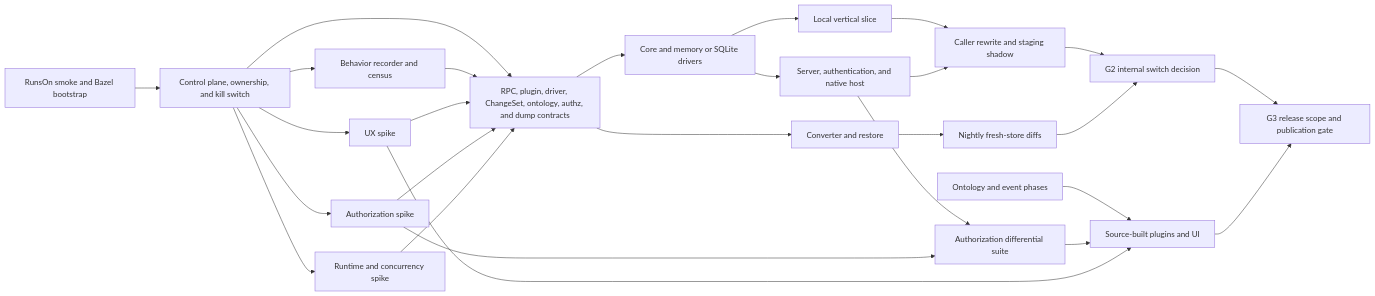
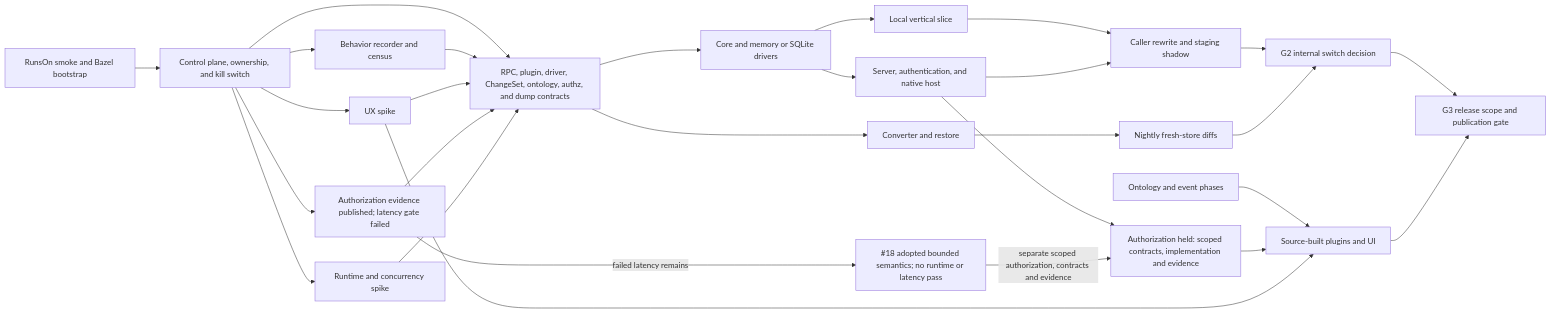
One commit to buildbetter-app/plugs changed the diagram in engdocs/design/plug/clean-room-plan.md. Above: the diagram before and after it, drawn with Mermaid. The commit also changed other lines of this file and 10 other files, not shown here.

````diff
--- a/engdocs/design/plug/clean-room-plan.md
+++ b/engdocs/design/plug/clean-room-plan.md
@@ -197,29 +313,30 @@
 ```mermaid
 flowchart LR
   S["RunsOn smoke and Bazel bootstrap"] --> B["Control plane, ownership, and kill switch"]
   B --> C["RPC, plugin, driver, ChangeSet, ontology, authz, and dump contracts"]
   B --> E1["Behavior recorder and census"]
   B --> E3["UX spike"]
-  B --> E4["Authorization spike"]
+  B --> E4["Authorization evidence published; latency gate failed"]
   B --> E5["Runtime and concurrency spike"]
   E1 --> C
   E3 --> C
   E4 --> C
   E5 --> C
   C --> I1["Core and memory or SQLite drivers"]
   I1 --> I2["Local vertical slice"]
   I1 --> I3["Server, authentication, and native host"]
   C --> I6["Converter and restore"]
-  I3 --> I5["Authorization differential suite"]
-  E4 --> I5
+  I3 --> I5["Authorization held: scoped contracts, implementation and evidence"]
+  E4 -->|"failed latency remains"| AZ1["#18 adopted bounded semantics; no runtime or latency pass"]
+  AZ1 -->|"separate scoped authorization, contracts and evidence"| I5
   I2 --> I8["Caller rewrite and staging shadow"]
   I3 --> I8
   I6 --> N["Nightly fresh-store diffs"]
   I8 --> G2["G2 internal switch decision"]
   N --> G2
   I4["Ontology and event phases"] --> I7["Source-built plugins and UI"]
   I5 --> I7
   E3 --> I7
   G2 --> G3["G3 release scope and publication gate"]
   I7 --> G3
 ```
````
